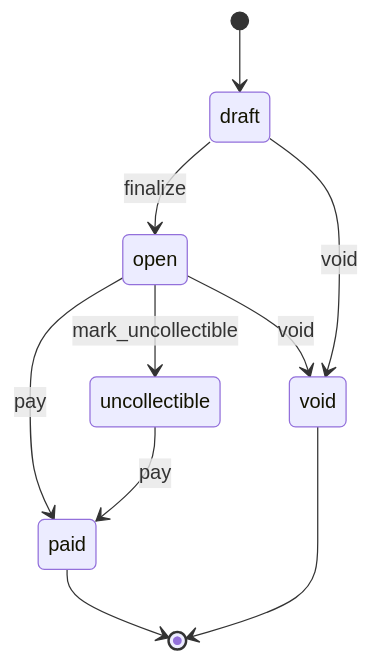
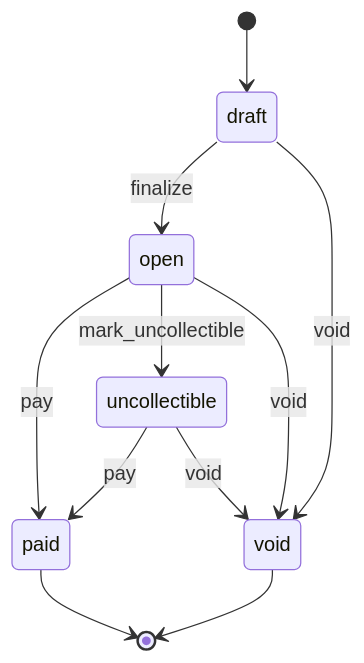
The second of 4 diagrams in _docs_src/domain/07-state-machines.md (kidiatoliny/payable-docs), drawn with Mermaid before and after one commit. The commit also changed other lines of this file and 31 other files, not shown here.

````diff
--- a/_docs_src/domain/07-state-machines.md
+++ b/_docs_src/domain/07-state-machines.md
@@ -156,12 +164,13 @@
 ```mermaid
 stateDiagram-v2
   [*] --> draft
   draft --> open: finalize
   draft --> void: void
   open --> paid: pay
   open --> uncollectible: mark_uncollectible
   open --> void: void
   uncollectible --> paid: pay
+  uncollectible --> void: void
   paid --> [*]
   void --> [*]
 ```
````
